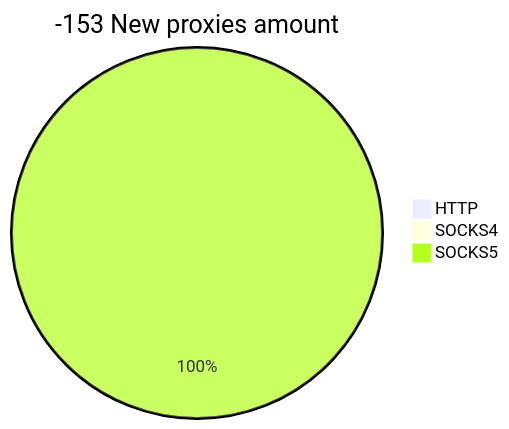
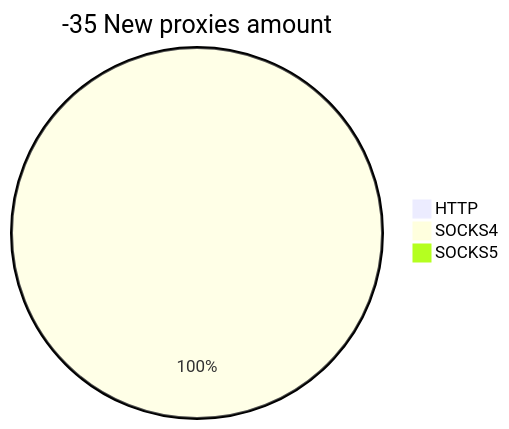
Before and after one commit to cutipu/proxylist: the second of 2 diagrams in README.md, drawn with Mermaid. The commit also changed other lines of this file, not shown here.

````diff
--- a/README.md
+++ b/README.md
@@ -10,6 +10,6 @@
 ```mermaid
-pie title -153 New proxies amount
+pie title -35 New proxies amount
     "HTTP" : 0
-    "SOCKS4" : 0
-    "SOCKS5" : 12
+    "SOCKS4" : 1
+    "SOCKS5" : 0
 ```
````
